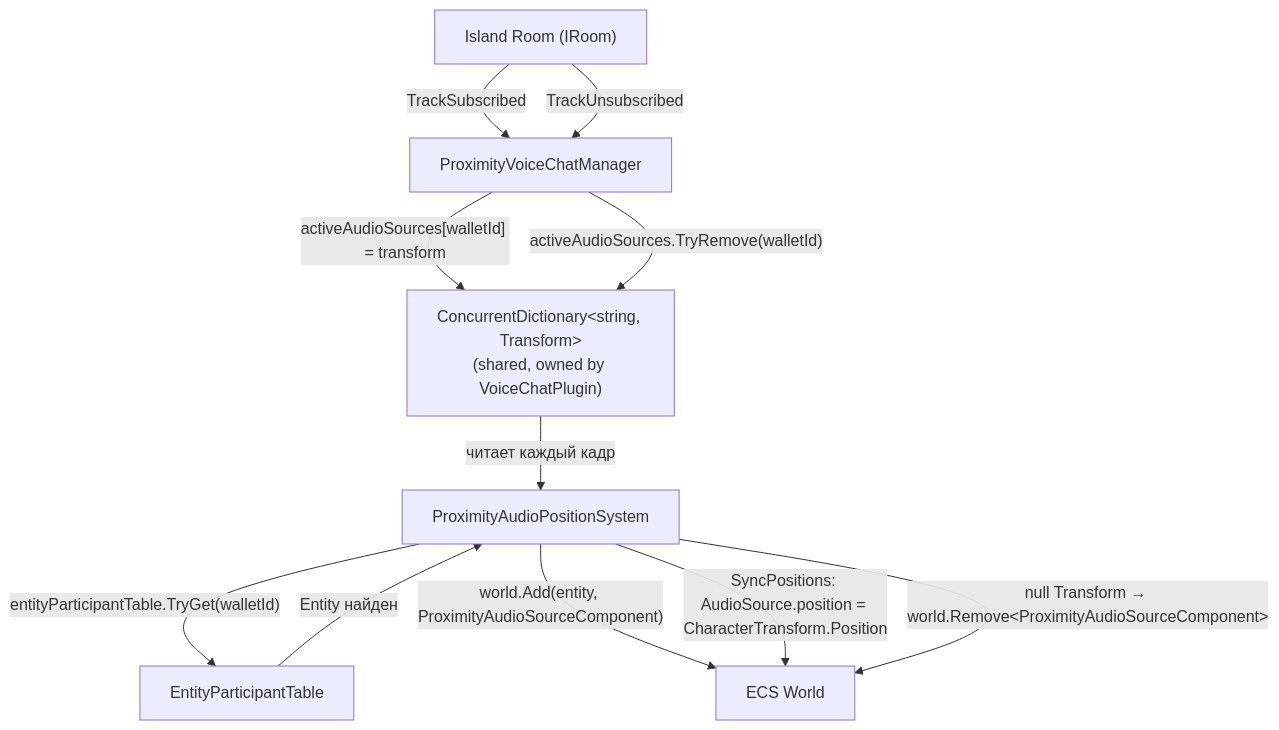
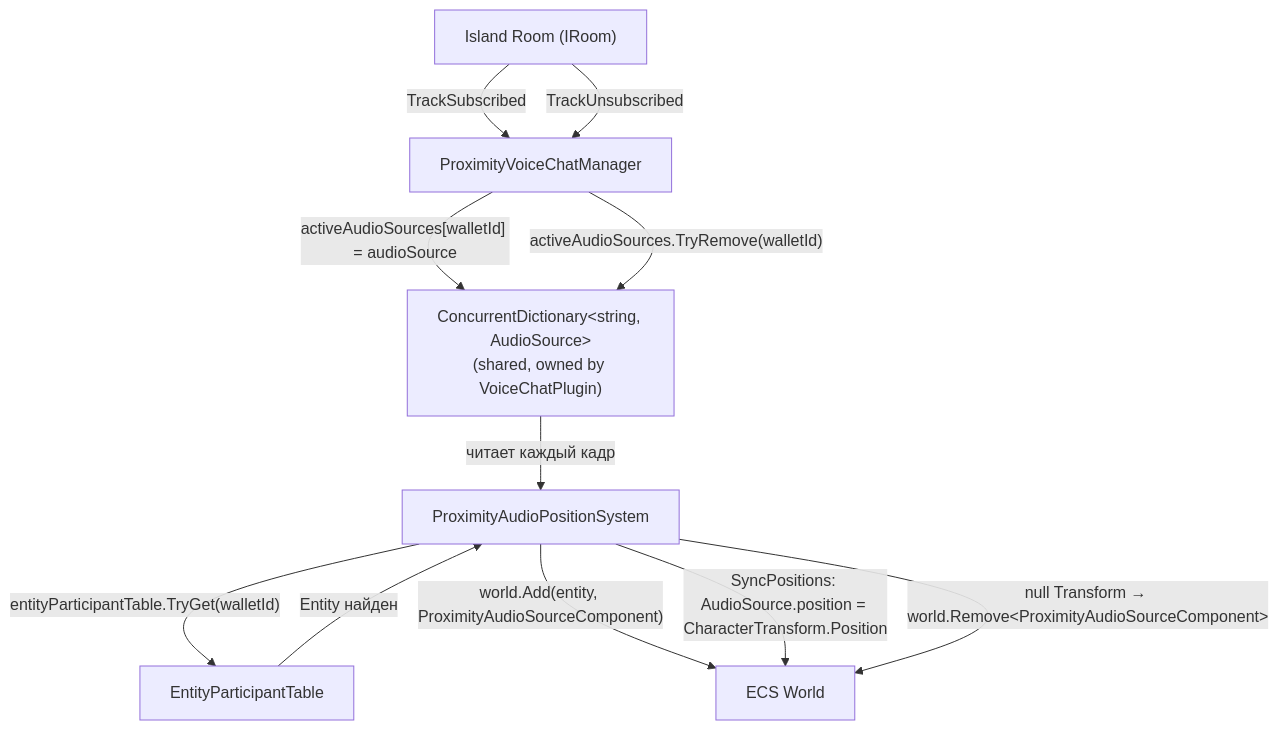
Before and after one commit to decentraland/unity-explorer: the diagram in Explorer/Assets/DCL/VoiceChat/Proximity/Docs/PLAN_proximity_voice_chat.md, drawn with Mermaid. The commit also changed other lines of this file and 4 other files, not shown here.

````diff
--- a/Explorer/Assets/DCL/VoiceChat/Proximity/Docs/PLAN_proximity_voice_chat.md
+++ b/Explorer/Assets/DCL/VoiceChat/Proximity/Docs/PLAN_proximity_voice_chat.md
@@ -43,13 +43,13 @@
 ```mermaid
 flowchart TD
     IslandRoom["Island Room (IRoom)"] -->|TrackSubscribed| PVM["ProximityVoiceChatManager"]
-    PVM -->|"activeAudioSources[walletId] = transform"| Dict["ConcurrentDictionary&lt;string, Transform&gt;<br/>(shared, owned by VoiceChatPlugin)"]
+    PVM -->|"activeAudioSources[walletId] = audioSource"| Dict["ConcurrentDictionary&lt;string, AudioSource&gt;<br/>(shared, owned by VoiceChatPlugin)"]
     Dict -->|читает каждый кадр| System["ProximityAudioPositionSystem"]
     System -->|"entityParticipantTable.TryGet(walletId)"| EPT["EntityParticipantTable"]
     EPT -->|Entity найден| System
     System -->|"world.Add(entity, ProximityAudioSourceComponent)"| ECS["ECS World"]
     System -->|"SyncPositions: AudioSource.position = CharacterTransform.Position"| ECS
     IslandRoom -->|TrackUnsubscribed| PVM
     PVM -->|"activeAudioSources.TryRemove(walletId)"| Dict
     System -->|"null Transform → world.Remove&lt;ProximityAudioSourceComponent&gt;"| ECS
 ```
````
